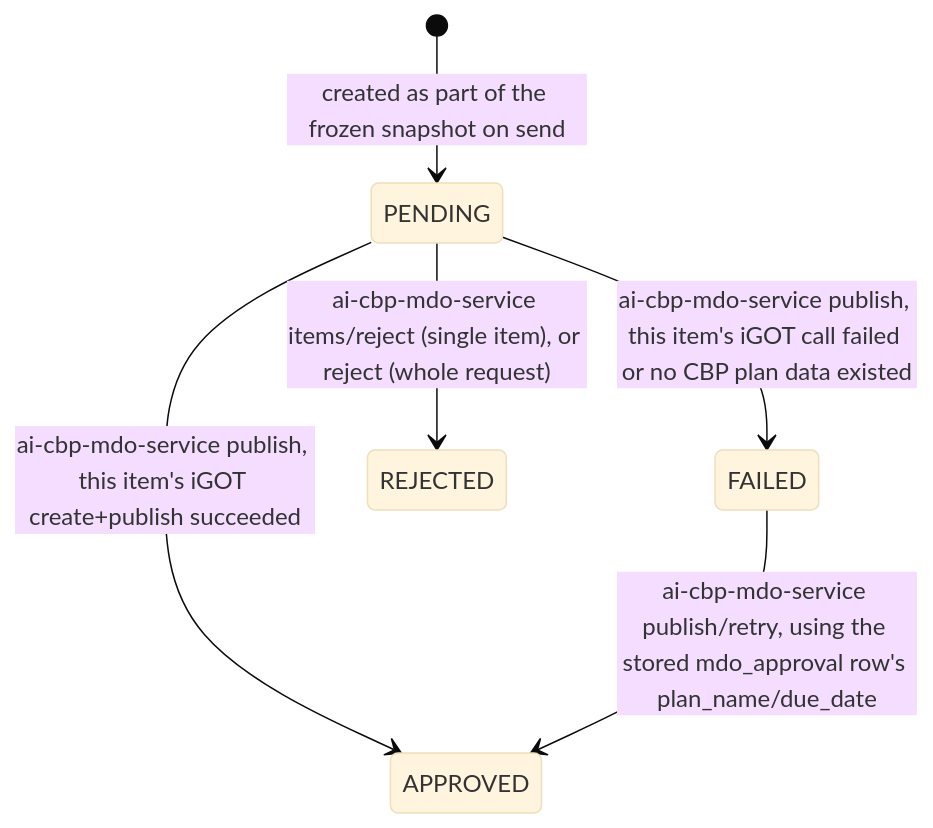
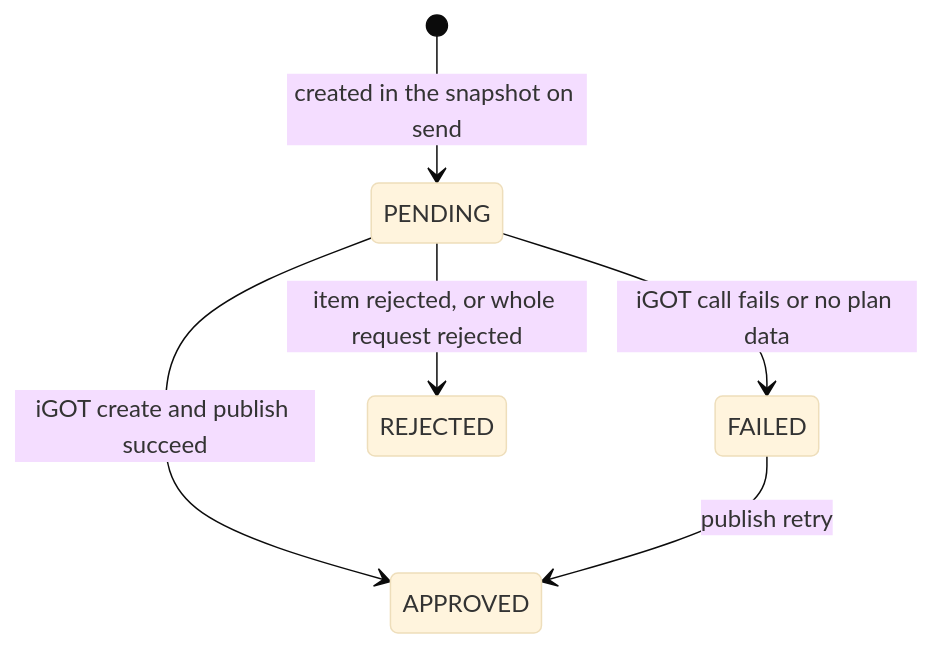
Before and after one commit to KB-iGOT/igot-docs: diagram 11 of 12 in docs/learning-hub/ai-cbp-tool/lld.md, drawn with Mermaid (base theme). The commit also changed other lines of this file and 18 other files, not shown here.

First line of the commit message:
docs(ai-cbp-tool): restructure the LLD with validation flows and real routes

````diff
--- a/docs/learning-hub/ai-cbp-tool/lld.md
+++ b/docs/learning-hub/ai-cbp-tool/lld.md
@@ -305,8 +660,8 @@
 ```mermaid
 stateDiagram-v2
-    [*] --> PENDING: created as part of the frozen snapshot on send
-    PENDING --> APPROVED: ai-cbp-mdo-service publish, this item's iGOT create+publish succeeded
-    PENDING --> FAILED: ai-cbp-mdo-service publish, this item's iGOT call failed or no CBP plan data existed
-    FAILED --> APPROVED: ai-cbp-mdo-service publish/retry, using the stored mdo_approval row's plan_name/due_date
-    PENDING --> REJECTED: ai-cbp-mdo-service items/reject (single item), or reject (whole request)
+    [*] --> PENDING: created in the snapshot on send
+    PENDING --> APPROVED: iGOT create and publish succeed
+    PENDING --> FAILED: iGOT call fails or no plan data
+    FAILED --> APPROVED: publish retry
+    PENDING --> REJECTED: item rejected, or whole request rejected
 ```
````
